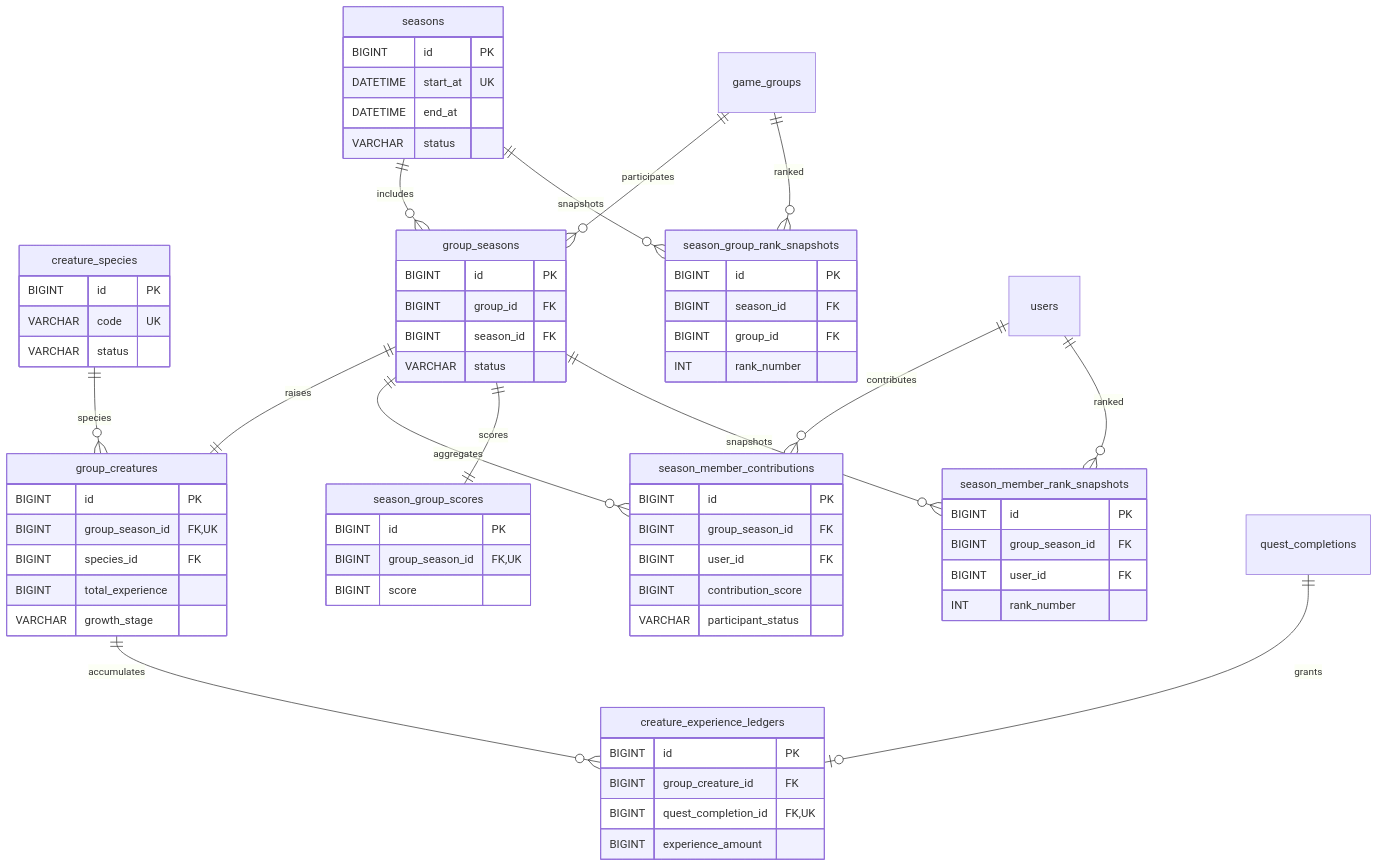
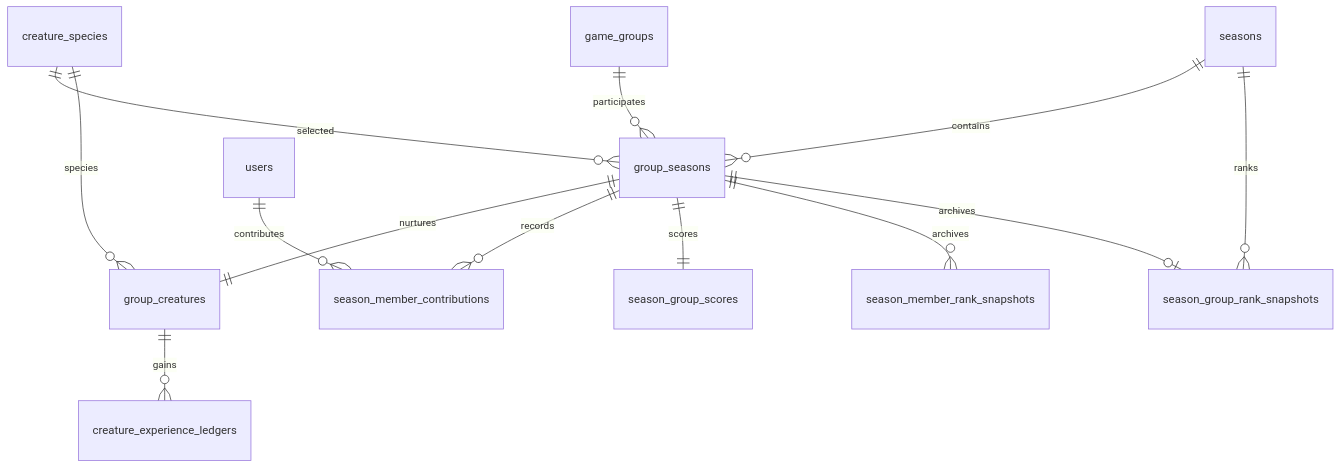
The second of 5 diagrams in docs/database-design.md (heebaek200/shared-creature-game), drawn with Mermaid before and after one commit. The commit also changed other lines of this file and 5 other files, not shown here.

````diff
--- a/docs/database-design.md
+++ b/docs/database-design.md
@@ -192,71 +124,15 @@
 ```mermaid
 erDiagram
-    seasons {
-        BIGINT id PK
-        DATETIME start_at UK
-        DATETIME end_at
-        VARCHAR status
-    }
-    creature_species {
-        BIGINT id PK
-        VARCHAR code UK
-        VARCHAR status
-    }
-    group_seasons {
-        BIGINT id PK
-        BIGINT group_id FK
-        BIGINT season_id FK
-        VARCHAR status
-    }
-    group_creatures {
-        BIGINT id PK
-        BIGINT group_season_id FK, UK
-        BIGINT species_id FK
-        BIGINT total_experience
-        VARCHAR growth_stage
-    }
-    creature_experience_ledgers {
-        BIGINT id PK
-        BIGINT group_creature_id FK
-        BIGINT quest_completion_id FK, UK
-        BIGINT experience_amount
-    }
-    season_member_contributions {
-        BIGINT id PK
-        BIGINT group_season_id FK
-        BIGINT user_id FK
-        BIGINT contribution_score
-        VARCHAR participant_status
-    }
-    season_group_scores {
-        BIGINT id PK
-        BIGINT group_season_id FK, UK
-        BIGINT score
-    }
-    season_member_rank_snapshots {
-        BIGINT id PK
-        BIGINT group_season_id FK
-        BIGINT user_id FK
-        INT rank_number
-    }
-    season_group_rank_snapshots {
-        BIGINT id PK
-        BIGINT season_id FK
-        BIGINT group_id FK
-        INT rank_number
-    }
-
-    seasons ||--o{ group_seasons : includes
+    seasons ||--o{ group_seasons : contains
     game_groups ||--o{ group_seasons : participates
-    group_seasons ||--|| group_creatures : raises
+    creature_species ||--o{ group_seasons : selected
+    group_seasons ||--|| group_creatures : nurtures
     creature_species ||--o{ group_creatures : species
-    group_creatures ||--o{ creature_experience_ledgers : accumulates
-    quest_completions ||--o| creature_experience_ledgers : grants
-    group_seasons ||--o{ season_member_contributions : aggregates
+    group_creatures ||--o{ creature_experience_ledgers : gains
+    group_seasons ||--o{ season_member_contributions : records
     users ||--o{ season_member_contributions : contributes
     group_seasons ||--|| season_group_scores : scores
-    group_seasons ||--o{ season_member_rank_snapshots : snapshots
-    users ||--o{ season_member_rank_snapshots : ranked
-    seasons ||--o{ season_group_rank_snapshots : snapshots
-    game_groups ||--o{ season_group_rank_snapshots : ranked
+    group_seasons ||--o{ season_member_rank_snapshots : archives
+    group_seasons ||--o| season_group_rank_snapshots : archives
+    seasons ||--o{ season_group_rank_snapshots : ranks
 ```
````
